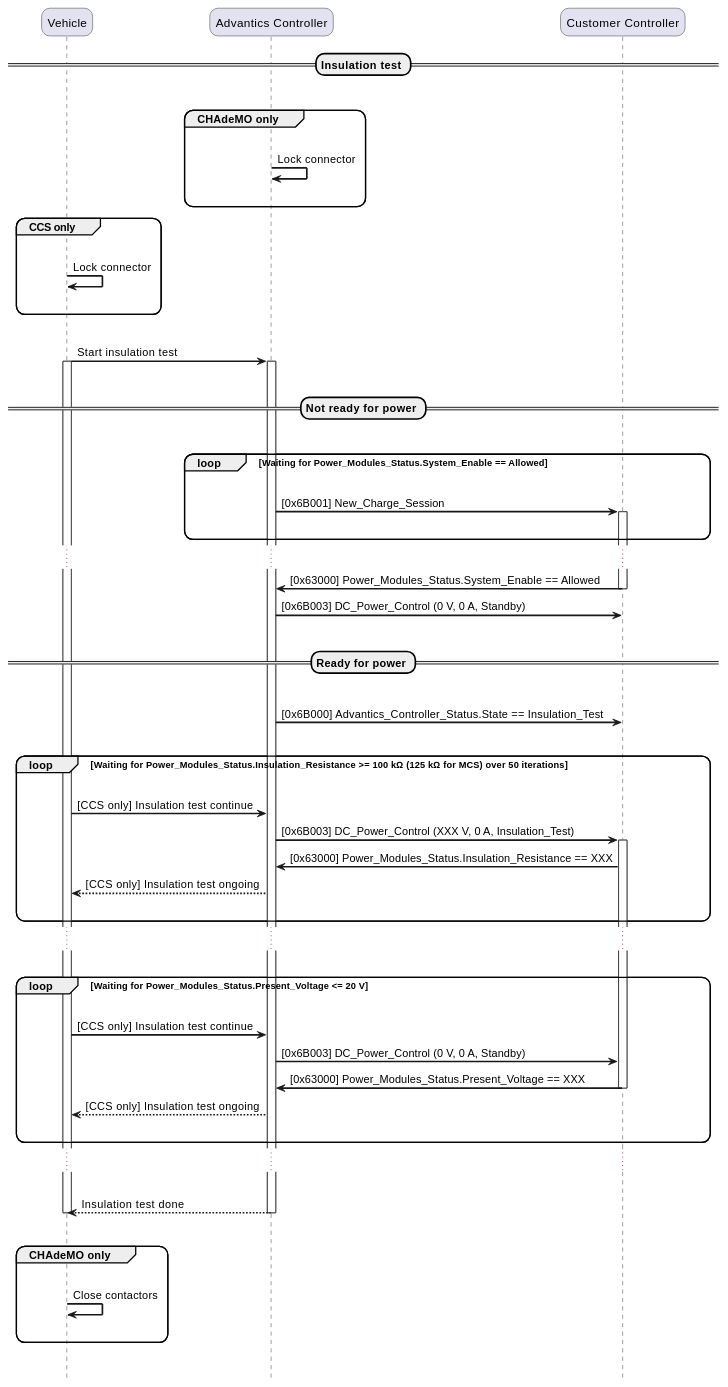
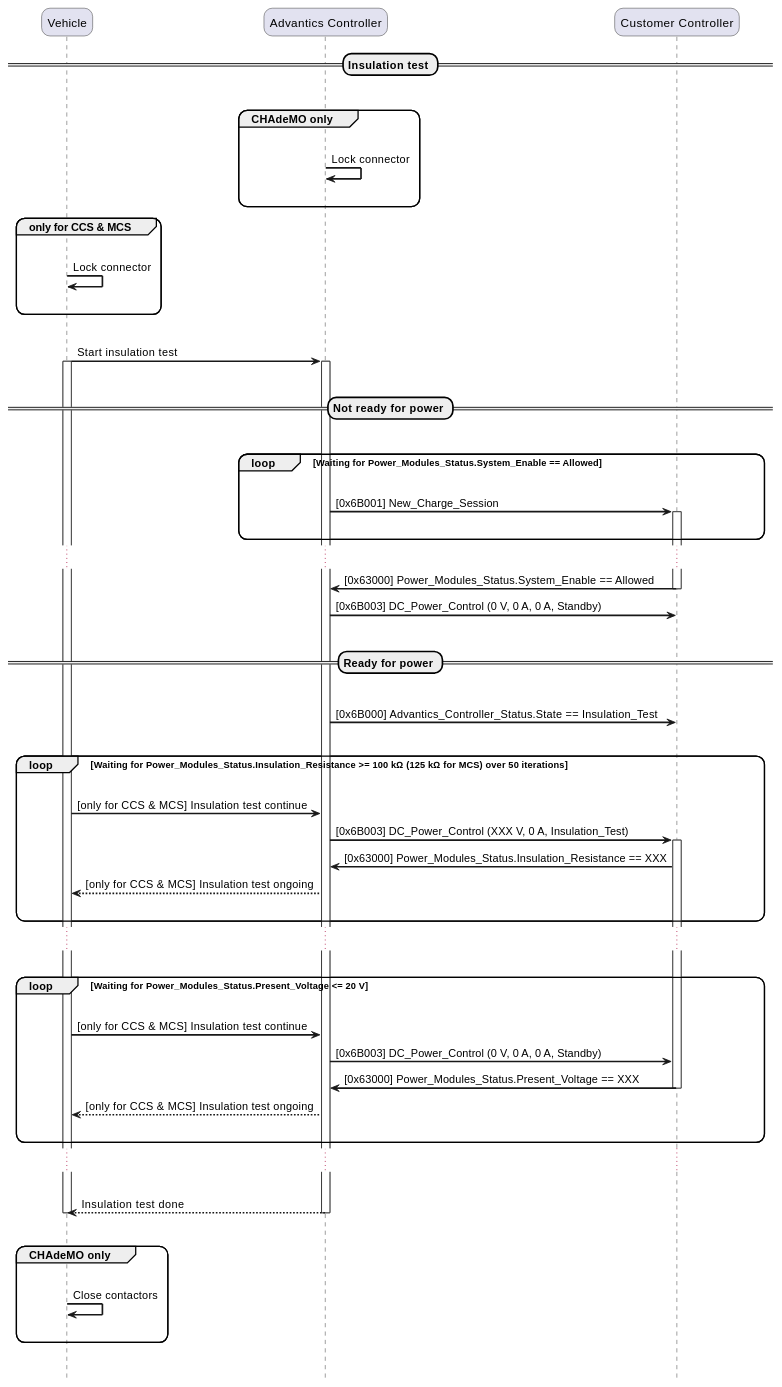
Before and after one commit to ADVANTICS/documentation: the third of 10 diagrams in charge-controllers/secc_generic/sequences_v3.md, drawn with PlantUML. The commit also changed other lines of this file, not shown here.

Commit message:
update sequences and text for generic v3

```diff
--- a/charge-controllers/secc_generic/sequences_v3.md
+++ b/charge-controllers/secc_generic/sequences_v3.md
@@ -263,7 +262,7 @@
   |||
 end group
 
-group CCS only
+group only for CCS & MCS
   |||
   PEV -> PEV: Lock connector
   |||
@@ -287,7 +286,7 @@
 ...
 Charger -> EVSE: [0x63000] Power_Modules_Status.System_Enable == Allowed
 deactivate Charger
-EVSE -> Charger: [0x6B003] DC_Power_Control (0 V, 0 A, Standby)
+EVSE -> Charger: [0x6B003] DC_Power_Control (0 V, 0 A, 0 A, Standby)
 
 |||
 == Ready for power ==
@@ -297,11 +296,11 @@
 |||
 loop Waiting for Power_Modules_Status.Insulation_Resistance >= 100 kΩ (125 kΩ for MCS) over 50 iterations
   |||
-  PEV -> EVSE: [CCS only] Insulation test continue
+  PEV -> EVSE: [only for CCS & MCS] Insulation test continue
   EVSE -> Charger: [0x6B003] DC_Power_Control (XXX V, 0 A, Insulation_Test)
   activate Charger
   Charger -> EVSE: [0x63000] Power_Modules_Status.Insulation_Resistance == XXX
-  EVSE --> PEV: [CCS only] Insulation test ongoing
+  EVSE --> PEV: [only for CCS & MCS] Insulation test ongoing
   |||
 end loop
 ...
@@ -309,11 +308,11 @@
 
 loop Waiting for Power_Modules_Status.Present_Voltage <= 20 V
   |||
-  PEV -> EVSE: [CCS only] Insulation test continue
-  EVSE -> Charger: [0x6B003] DC_Power_Control (0 V, 0 A, Standby)
+  PEV -> EVSE: [only for CCS & MCS] Insulation test continue
+  EVSE -> Charger: [0x6B003] DC_Power_Control (0 V, 0 A, 0 A, Standby)
   Charger -> EVSE: [0x63000] Power_Modules_Status.Present_Voltage == XXX
   deactivate Charger
-  EVSE --> PEV: [CCS only] Insulation test ongoing
+  EVSE --> PEV: [only for CCS & MCS] Insulation test ongoing
   |||
 end loop
 ...
```
